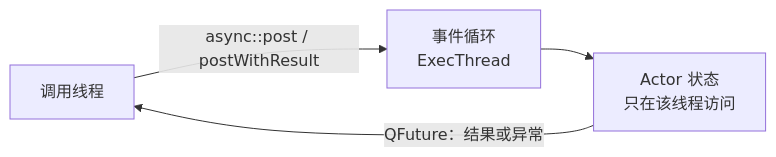
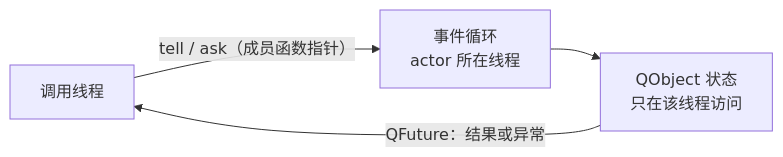
The first of 2 diagrams in README.md (lichanglin688/qactor), drawn with Mermaid before and after one commit. The commit also changed other lines of this file and 15 other files, not shown here.

````diff
--- a/README.md
+++ b/README.md
@@ -30,6 +39,6 @@
 ```mermaid
 flowchart LR
-    C["调用线程"] -->|"async::post / postWithResult"| L["事件循环<br/>ExecThread"]
-    L --> A["Actor 状态<br/>只在该线程访问"]
+    C["调用线程"] -->|"tell / ask（成员函数指针）"| L["事件循环<br/>actor 所在线程"]
+    L --> A["QObject 状态<br/>只在该线程访问"]
     A -->|"QFuture：结果或异常"| C
 ```
````
